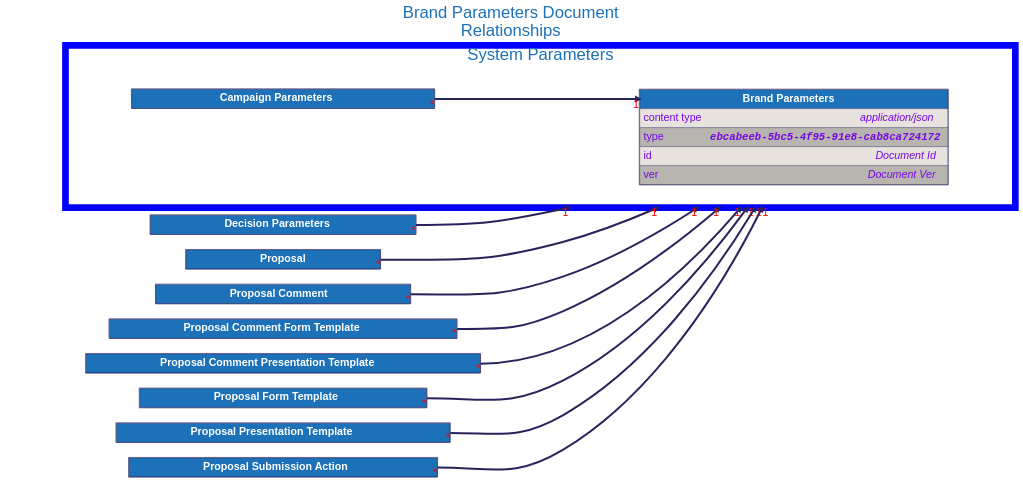
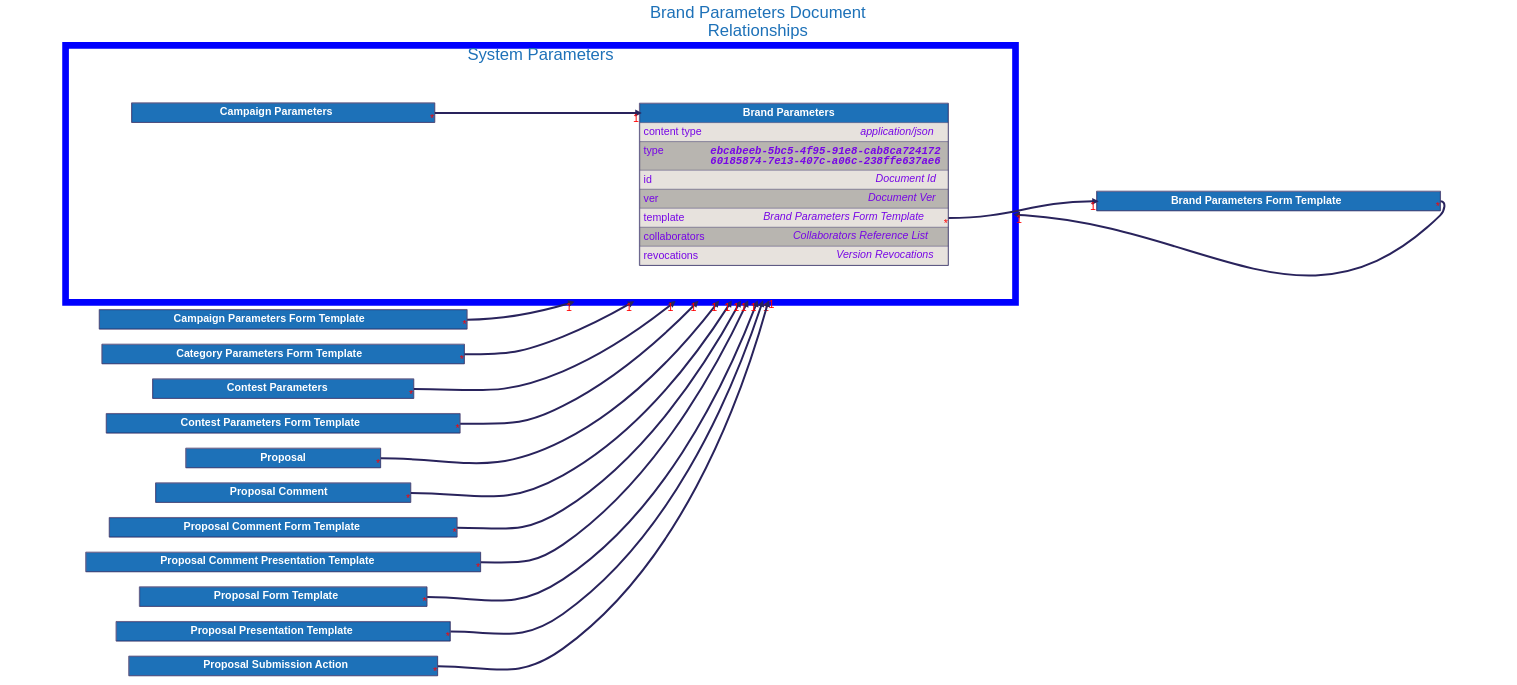
One commit to input-output-hk/catalyst-libs changed the diagram in docs/src/architecture/08_concepts/signed_doc/diagrams/brand_parameters.dot. Above: the diagram before and after it, drawn with Graphviz. The commit also changed 45 other files, not shown here.

```diff
--- a/docs/src/architecture/08_concepts/signed_doc/diagrams/brand_parameters.dot
+++ b/docs/src/architecture/08_concepts/signed_doc/diagrams/brand_parameters.dot
@@ -13,89 +13,73 @@
 
 
 
-    subgraph cluster_system_parameters {
-        label = "System Parameters";
-        color=blue
-        penwidth=20
-
-        "Brand Parameters" [
-            id="Brand Parameters";
-            label=<
-                <TABLE BORDER="2" COLOR="#29235c" CELLBORDER="1" CELLSPACING="0" CELLPADDING="10">
-                <TR>
-                    <TD PORT="title" BGCOLOR="#1d71b8" HREF="../brand_parameters/">
-                        <FONT COLOR="#ffffff"><B> Brand Parameters </B></FONT>
-                    </TD>
-                </TR>
-                <TR>
-                    <TD ALIGN="LEFT" PORT="content type" BGCOLOR="#e7e2dd">
-                        <TABLE CELLPADDING="0" CELLSPACING="0" BORDER="0">
-                            <TR>
-                                <TD ALIGN="LEFT" VALIGN="TOP" WIDTH="200"><FONT COLOR="#7706E5">content type</FONT></TD>
-                                <TD ALIGN="RIGHT"><FONT COLOR="#7706E5"><I>application/json</I></FONT></TD>
-                            </TR>
-                        </TABLE>
-                    </TD>
-                </TR>
-                <TR>
-                    <TD ALIGN="LEFT" PORT="type" BGCOLOR="#b8b5b0">
-                        <TABLE CELLPADDING="0" CELLSPACING="0" BORDER="0">
-                            <TR>
-                                <TD ALIGN="LEFT" VALIGN="TOP" WIDTH="200"><FONT COLOR="#7706E5">type</FONT></TD>
-                                <TD ALIGN="RIGHT"><FONT FACE="Courier" COLOR="#7706E5"><B><I>ebcabeeb-5bc5-4f95-91e8-cab8ca724172</I></B></FONT></TD>
-                            </TR>
-                        </TABLE>
-                    </TD>
-                </TR>
-                <TR>
-                    <TD ALIGN="LEFT" PORT="id" BGCOLOR="#e7e2dd">
-                        <TABLE CELLPADDING="0" CELLSPACING="0" BORDER="0">
-                            <TR>
-                                <TD ALIGN="LEFT" VALIGN="TOP" WIDTH="200"><FONT COLOR="#7706E5">id</FONT></TD>
-                                <TD ALIGN="RIGHT"><FONT COLOR="#7706E5"><I>Document Id</I></FONT></TD>
-                            </TR>
-                        </TABLE>
-                    </TD>
-                </TR>
-                <TR>
-                    <TD ALIGN="LEFT" PORT="ver" BGCOLOR="#b8b5b0">
-                        <TABLE CELLPADDING="0" CELLSPACING="0" BORDER="0">
-                            <TR>
-                                <TD ALIGN="LEFT" VALIGN="TOP" WIDTH="200"><FONT COLOR="#7706E5">ver</FONT></TD>
-                                <TD ALIGN="RIGHT"><FONT COLOR="#7706E5"><I>Document Ver</I></FONT></TD>
-                            </TR>
-                        </TABLE>
-                    </TD>
-                </TR>
-
-                </TABLE>
-            >
-        ];
-
-
-        "Campaign Parameters" [
-            id="Campaign Parameters";
-            label=<
-                <TABLE BORDER="2" COLOR="#29235c" CELLBORDER="1" CELLSPACING="0" CELLPADDING="10">
-                <TR>
-                    <TD PORT="title" BGCOLOR="#1d71b8" HREF="../campaign_parameters/">
-                        <FONT COLOR="#ffffff"><B> Campaign Parameters </B></FONT>
-                    </TD>
-                </TR>
-
-                </TABLE>
-            >
-        ];
-
-    }
-
-    "Decision Parameters" [
-        id="Decision Parameters";
+    "Brand Parameters Form Template" [
+        id="Brand Parameters Form Template";
         label=<
             <TABLE BORDER="2" COLOR="#29235c" CELLBORDER="1" CELLSPACING="0" CELLPADDING="10">
             <TR>
-                <TD PORT="title" BGCOLOR="#1d71b8" HREF="../decision_parameters/">
-                    <FONT COLOR="#ffffff"><B> Decision Parameters </B></FONT>
+                <TD PORT="title" BGCOLOR="#1d71b8" HREF="../brand_parameters_form_template/">
+                    <FONT COLOR="#ffffff"><B> Brand Parameters Form Template </B></FONT>
+                </TD>
+            </TR>
+
+            </TABLE>
+        >
+    ];
+
+
+    "Campaign Parameters Form Template" [
+        id="Campaign Parameters Form Template";
+        label=<
+            <TABLE BORDER="2" COLOR="#29235c" CELLBORDER="1" CELLSPACING="0" CELLPADDING="10">
+            <TR>
+                <TD PORT="title" BGCOLOR="#1d71b8" HREF="../campaign_parameters_form_template/">
+                    <FONT COLOR="#ffffff"><B> Campaign Parameters Form Template </B></FONT>
+                </TD>
+            </TR>
+
+            </TABLE>
+        >
+    ];
+
+
+    "Category Parameters Form Template" [
+        id="Category Parameters Form Template";
+        label=<
+            <TABLE BORDER="2" COLOR="#29235c" CELLBORDER="1" CELLSPACING="0" CELLPADDING="10">
+            <TR>
+                <TD PORT="title" BGCOLOR="#1d71b8" HREF="../category_parameters_form_template/">
+                    <FONT COLOR="#ffffff"><B> Category Parameters Form Template </B></FONT>
+                </TD>
+            </TR>
+
+            </TABLE>
+        >
+    ];
+
+
+    "Contest Parameters" [
+        id="Contest Parameters";
+        label=<
+            <TABLE BORDER="2" COLOR="#29235c" CELLBORDER="1" CELLSPACING="0" CELLPADDING="10">
+            <TR>
+                <TD PORT="title" BGCOLOR="#1d71b8" HREF="../contest_parameters/">
+                    <FONT COLOR="#ffffff"><B> Contest Parameters </B></FONT>
+                </TD>
+            </TR>
+
+            </TABLE>
+        >
+    ];
+
+
+    "Contest Parameters Form Template" [
+        id="Contest Parameters Form Template";
+        label=<
+            <TABLE BORDER="2" COLOR="#29235c" CELLBORDER="1" CELLSPACING="0" CELLPADDING="10">
+            <TR>
+                <TD PORT="title" BGCOLOR="#1d71b8" HREF="../contest_parameters_form_template/">
+                    <FONT COLOR="#ffffff"><B> Contest Parameters Form Template </B></FONT>
                 </TD>
             </TR>
 
@@ -209,8 +193,119 @@
     ];
 
 
+    subgraph cluster_system_parameters {
+        label = "System Parameters";
+        color=blue
+        penwidth=20
+
+        "Brand Parameters" [
+            id="Brand Parameters";
+            label=<
+                <TABLE BORDER="2" COLOR="#29235c" CELLBORDER="1" CELLSPACING="0" CELLPADDING="10">
+                <TR>
+                    <TD PORT="title" BGCOLOR="#1d71b8" HREF="../brand_parameters/">
+                        <FONT COLOR="#ffffff"><B> Brand Parameters </B></FONT>
+                    </TD>
+                </TR>
+                <TR>
+                    <TD ALIGN="LEFT" PORT="content type" BGCOLOR="#e7e2dd">
+                        <TABLE CELLPADDING="0" CELLSPACING="0" BORDER="0">
+                            <TR>
+                                <TD ALIGN="LEFT" VALIGN="TOP" WIDTH="200"><FONT COLOR="#7706E5">content type</FONT></TD>
+                                <TD ALIGN="RIGHT"><FONT COLOR="#7706E5"><I>application/json</I></FONT></TD>
+                            </TR>
+                        </TABLE>
+                    </TD>
+                </TR>
+                <TR>
+                    <TD ALIGN="LEFT" PORT="type" BGCOLOR="#b8b5b0">
+                        <TABLE CELLPADDING="0" CELLSPACING="0" BORDER="0">
+                            <TR>
+                                <TD ALIGN="LEFT" VALIGN="TOP" WIDTH="200"><FONT COLOR="#7706E5">type</FONT></TD>
+                                <TD ALIGN="RIGHT"><FONT FACE="Courier" COLOR="#7706E5"><B><I>ebcabeeb-5bc5-4f95-91e8-cab8ca724172<BR />60185874-7e13-407c-a06c-238ffe637ae6</I></B></FONT></TD>
+                            </TR>
+                        </TABLE>
+                    </TD>
+                </TR>
+                <TR>
+                    <TD ALIGN="LEFT" PORT="id" BGCOLOR="#e7e2dd">
+                        <TABLE CELLPADDING="0" CELLSPACING="0" BORDER="0">
+                            <TR>
+                                <TD ALIGN="LEFT" VALIGN="TOP" WIDTH="200"><FONT COLOR="#7706E5">id</FONT></TD>
+                                <TD ALIGN="RIGHT"><FONT COLOR="#7706E5"><I>Document Id</I></FONT></TD>
+                            </TR>
+                        </TABLE>
+                    </TD>
+                </TR>
+                <TR>
+                    <TD ALIGN="LEFT" PORT="ver" BGCOLOR="#b8b5b0">
+                        <TABLE CELLPADDING="0" CELLSPACING="0" BORDER="0">
+                            <TR>
+                                <TD ALIGN="LEFT" VALIGN="TOP" WIDTH="200"><FONT COLOR="#7706E5">ver</FONT></TD>
+                                <TD ALIGN="RIGHT"><FONT COLOR="#7706E5"><I>Document Ver</I></FONT></TD>
+                            </TR>
+                        </TABLE>
+                    </TD>
+                </TR>
+                <TR>
+                    <TD ALIGN="LEFT" PORT="template" BGCOLOR="#e7e2dd">
+                        <TABLE CELLPADDING="0" CELLSPACING="0" BORDER="0">
+                            <TR>
+                                <TD ALIGN="LEFT" VALIGN="TOP" WIDTH="200"><FONT COLOR="#7706E5">template</FONT></TD>
+                                <TD ALIGN="RIGHT"><FONT COLOR="#7706E5"><I>Brand Parameters Form Template</I></FONT></TD>
+                            </TR>
+                        </TABLE>
+                    </TD>
+                </TR>
+                <TR>
+                    <TD ALIGN="LEFT" PORT="collaborators" BGCOLOR="#b8b5b0">
+                        <TABLE CELLPADDING="0" CELLSPACING="0" BORDER="0">
+                            <TR>
+                                <TD ALIGN="LEFT" VALIGN="TOP" WIDTH="200"><FONT COLOR="#7706E5">collaborators</FONT></TD>
+                                <TD ALIGN="RIGHT"><FONT COLOR="#7706E5"><I>Collaborators Reference List</I></FONT></TD>
+                            </TR>
+                        </TABLE>
+                    </TD>
+                </TR>
+                <TR>
+                    <TD ALIGN="LEFT" PORT="revocations" BGCOLOR="#e7e2dd">
+                        <TABLE CELLPADDING="0" CELLSPACING="0" BORDER="0">
+                            <TR>
+                                <TD ALIGN="LEFT" VALIGN="TOP" WIDTH="200"><FONT COLOR="#7706E5">revocations</FONT></TD>
+                                <TD ALIGN="RIGHT"><FONT COLOR="#7706E5"><I>Version Revocations</I></FONT></TD>
+                            </TR>
+                        </TABLE>
+                    </TD>
+                </TR>
+
+                </TABLE>
+            >
+        ];
+
+
+        "Campaign Parameters" [
+            id="Campaign Parameters";
+            label=<
+                <TABLE BORDER="2" COLOR="#29235c" CELLBORDER="1" CELLSPACING="0" CELLPADDING="10">
+                <TR>
+                    <TD PORT="title" BGCOLOR="#1d71b8" HREF="../campaign_parameters/">
+                        <FONT COLOR="#ffffff"><B> Campaign Parameters </B></FONT>
+                    </TD>
+                </TR>
+
+                </TABLE>
+            >
+        ];
+
+    }
+
+    "Brand Parameters":"template":e -> "Brand Parameters Form Template":"title":w [dir=forward, penwidth=6, color="#29235c", headlabel="1", taillabel="*"]
+    "Brand Parameters Form Template":"title":e -> "Brand Parameters" [dir=forward, penwidth=6, color="#29235c", headlabel="1", taillabel="*", lhead="cluster_system_parameters"]
     "Campaign Parameters":"title":e -> "Brand Parameters":"title":w [dir=forward, penwidth=6, color="#29235c", headlabel="1", taillabel="*"]
-    "Decision Parameters":"title":e -> "Brand Parameters" [dir=forward, penwidth=6, color="#29235c", headlabel="1", taillabel="*", lhead="cluster_system_parameters"]
+    "Campaign Parameters Form Template":"title":e -> "Brand Parameters" [dir=forward, penwidth=6, color="#29235c", headlabel="1", taillabel="*", lhead="cluster_system_parameters"]
+    "Category Parameters Form Template":"title":e -> "Brand Parameters" [dir=forward, penwidth=6, color="#29235c", headlabel="1", taillabel="*", lhead="cluster_system_parameters"]
+    "Contest Parameters":"title":e -> "Brand Parameters" [dir=forward, penwidth=6, color="#29235c", headlabel="1", taillabel="*", lhead="cluster_system_parameters"]
+    "Contest Parameters Form Template":"title":e -> "Brand Parameters" [dir=forward, penwidth=6, color="#29235c", headlabel="1", taillabel="*", lhead="cluster_system_parameters"]
     "Proposal":"title":e -> "Brand Parameters" [dir=forward, penwidth=6, color="#29235c", headlabel="1", taillabel="*", lhead="cluster_system_parameters"]
     "Proposal Comment":"title":e -> "Brand Parameters" [dir=forward, penwidth=6, color="#29235c", headlabel="1", taillabel="*", lhead="cluster_system_parameters"]
     "Proposal Comment Form Template":"title":e -> "Brand Parameters" [dir=forward, penwidth=6, color="#29235c", headlabel="1", taillabel="*", lhead="cluster_system_parameters"]
```
